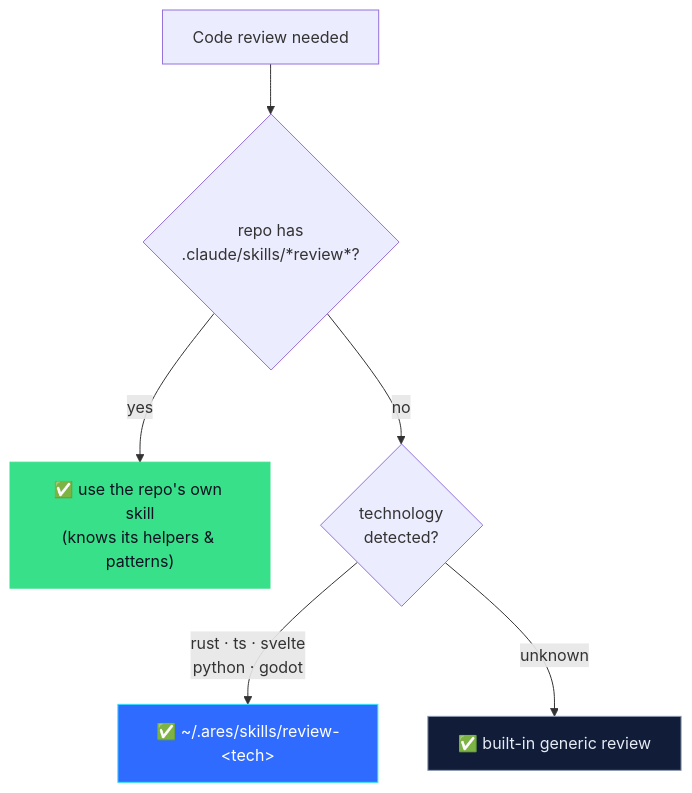
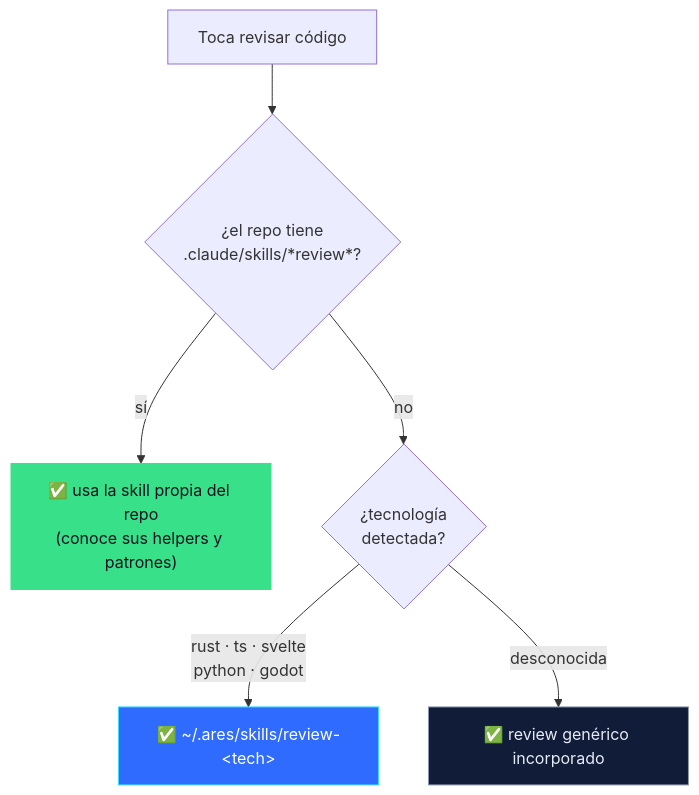
One commit to MarcArcherCiscar/Ares changed the second of 3 diagrams in README.md. Above: the diagram before and after it, drawn with Mermaid. The commit also changed other lines of this file, not shown here.

````diff
--- a/README.md
+++ b/README.md
@@ -72,12 +72,12 @@
 ```mermaid
 flowchart TD
-    Q["Code review needed"] --> A{"repo has<br/>.claude/skills/*review*?"}
-    A -->|yes| REPO["✅ use the repo's own skill<br/>(knows its helpers & patterns)"]
-    A -->|no| B{"technology<br/>detected?"}
+    Q["Toca revisar código"] --> A{"¿el repo tiene<br/>.claude/skills/*review*?"}
+    A -->|sí| REPO["✅ usa la skill propia del repo<br/>(conoce sus helpers y patrones)"]
+    A -->|no| B{"¿tecnología<br/>detectada?"}
     B -->|"rust · ts · svelte<br/>python · godot"| TECH["✅ ~/.ares/skills/review-&lt;tech&gt;"]
-    B -->|unknown| GEN["✅ built-in generic review"]
+    B -->|desconocida| GEN["✅ review genérico incorporado"]
 
     style REPO fill:#38E08A,color:#0B1220,stroke:#38E08A
     style TECH fill:#2F6BFF,color:#fff,stroke:#34E0FF
     style GEN fill:#101C38,color:#E6ECF5,stroke:#8B98B0
 ```
````
